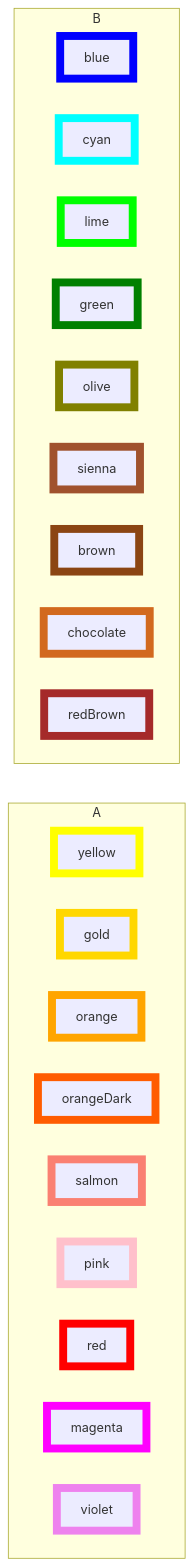
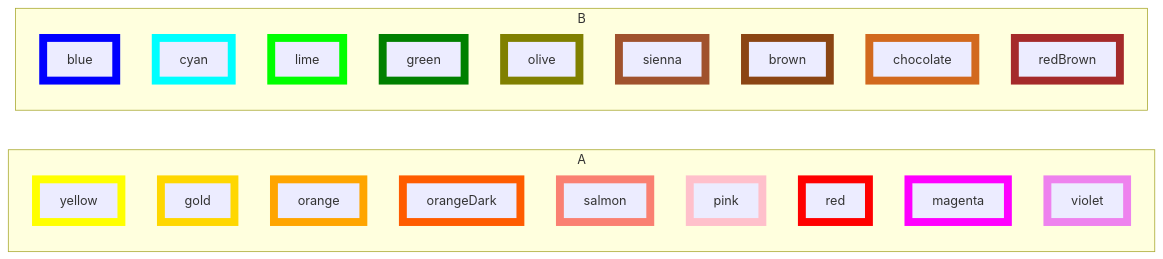
Before and after one commit to Ee-Cs/Ee-Cs.github.io: the second of 2 diagrams in files/fill-and-stroke-colors.md, drawn with Mermaid.

````diff
--- a/files/fill-and-stroke-colors.md
+++ b/files/fill-and-stroke-colors.md
@@ -28,46 +28,46 @@
 ```mermaid
 flowchart LR
 subgraph A
-    direction LR
+%%    direction LR
     yellow:::yellow
     gold:::gold
     orange:::orange
     orangeDark:::orangeDark
     salmon:::salmon
     pink:::pink
     red:::red
     magenta:::magenta
     violet:::violet
 end
 subgraph B
-    direction LR
+%%    direction LR
     blue:::blue
     cyan:::cyan
     lime:::lime
     green:::green
     olive:::olive
     sienna:::sienna
     brown:::brown
     chocolate:::chocolate
     redBrown:::redBrown
 end
 %% Styles
     classDef brown stroke:saddlebrown,stroke-width:10px
     classDef blue stroke:blue,stroke-width:10px
     classDef chocolate stroke:chocolate,stroke-width:10px
     classDef cyan stroke:cyan,stroke-width:10px
     classDef gold stroke:gold,stroke-width:10px
     classDef green stroke:green,stroke-width:10px
     classDef lime stroke:lime,stroke-width:10px
     classDef magenta stroke:magenta,stroke-width:10px
     classDef olive stroke:olive,stroke-width:10px
     classDef orange stroke:orange,stroke-width:10px
     classDef orangeDark stroke:#FF5C00,stroke-width:10px
     classDef pink stroke:pink,stroke-width:10px
     classDef red stroke:red,stroke-width:10px
     classDef redBrown stroke:brown,stroke-width:10px
     classDef salmon stroke:salmon,stroke-width:10px
     classDef sienna stroke:sienna,stroke-width:10px
     classDef violet stroke:violet,stroke-width:10px
     classDef yellow stroke:yellow,stroke-width:10px
 ```
````
